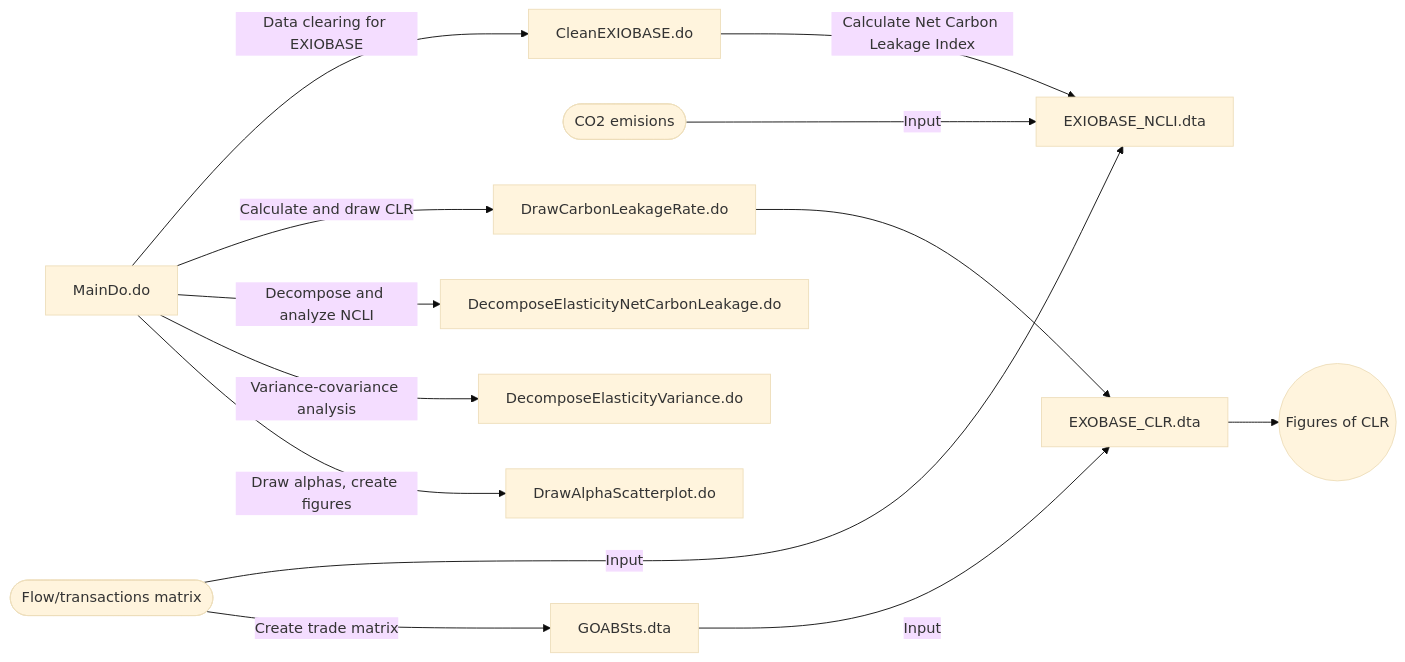
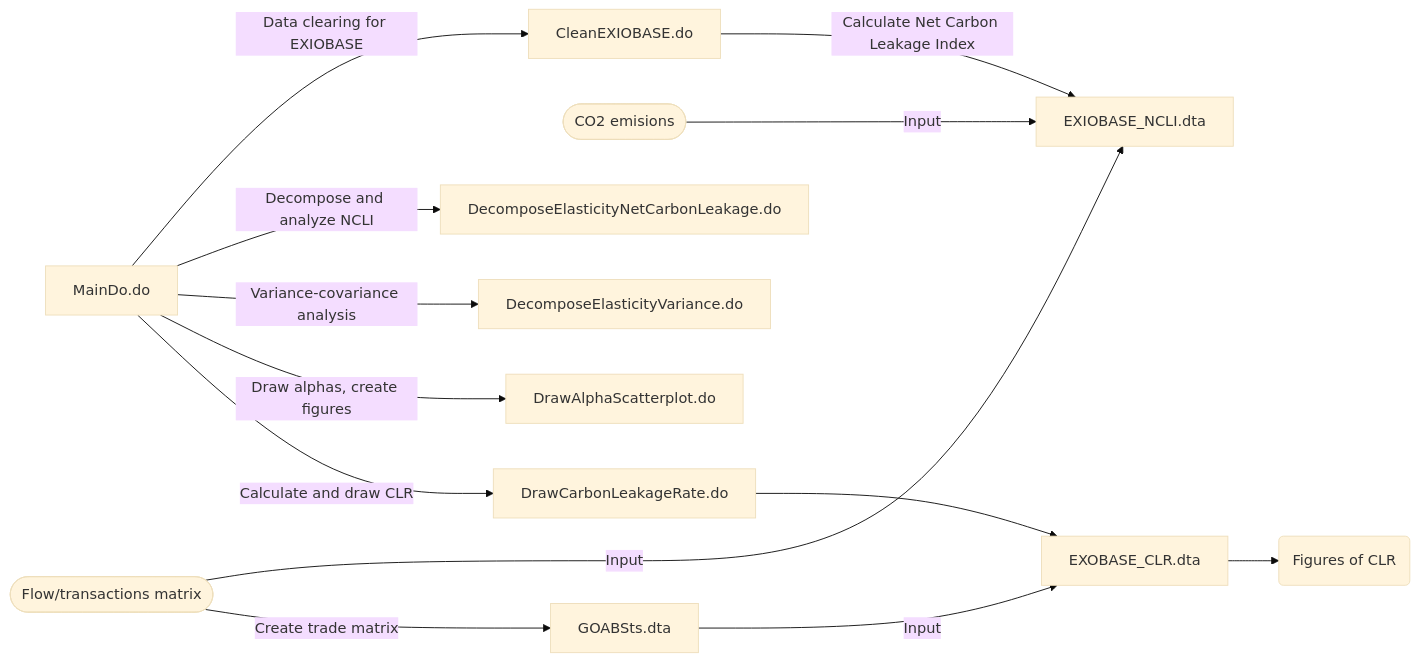
One commit to AkariOno/Trade_Carbon changed the diagram in README.md. Above: the diagram before and after it, drawn with Mermaid (base theme).

````diff
--- a/README.md
+++ b/README.md
@@ -17,16 +17,16 @@
 ```mermaid
 graph LR;
     A[MainDo.do] --> |Data clearing for EXIOBASE|B[CleanEXIOBASE.do]
     C([Flow/transactions matrix]) --> |Input|D[EXIOBASE_NCLI.dta]
     E([CO2 emisions]) --> |Input|D
     B --> |Calculate Net Carbon Leakage Index|D
-    A --> |Calculate and draw CLR|F[DrawCarbonLeakageRate.do]
-    A --> |Decompose and analyze NCLI|G[DecomposeElasticityNetCarbonLeakage.do]
-    A --> |Variance-covariance analysis|H[DecomposeElasticityVariance.do]
-    A --> |Draw alphas, create figures|I[DrawAlphaScatterplot.do]
-    F --> J[EXOBASE_CLR.dta]
+    A --> |Decompose and analyze NCLI|F[DecomposeElasticityNetCarbonLeakage.do]
+    A --> |Variance-covariance analysis|G[DecomposeElasticityVariance.do]
+    A --> |Draw alphas, create figures|H[DrawAlphaScatterplot.do]
+    A --> |Calculate and draw CLR|I[DrawCarbonLeakageRate.do]
+    I --> J[EXOBASE_CLR.dta]
     C --> |Create trade matrix|K[GOABSts.dta]
     K --> |Input|J
-    J --> L((Figures of CLR))
+    J --> L(Figures of CLR)
    
 ```
````
